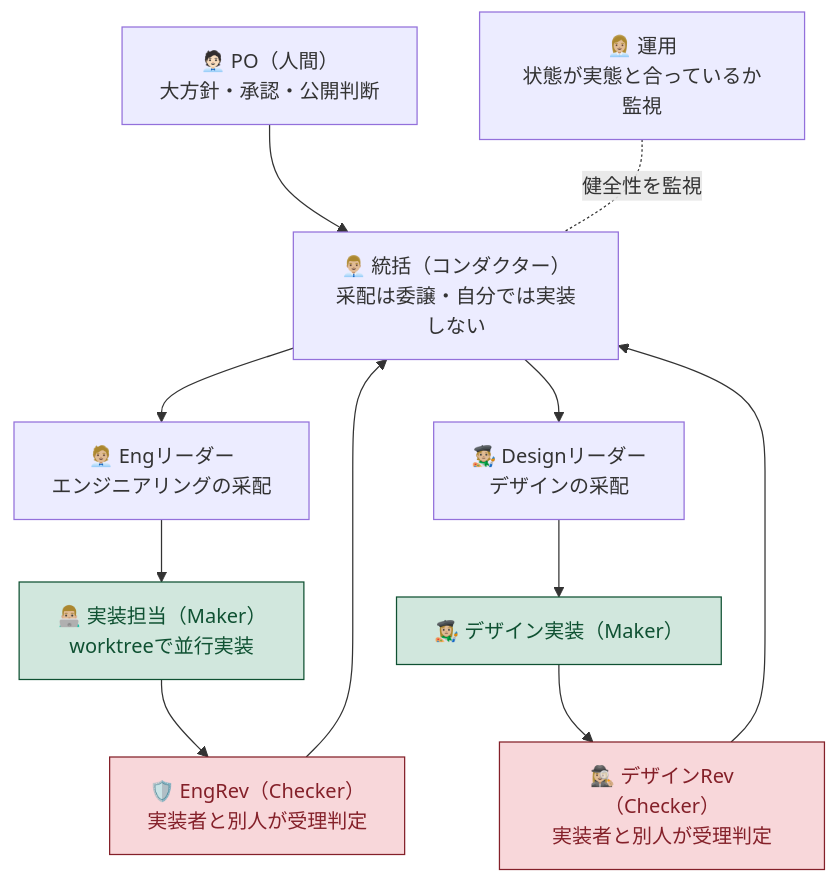
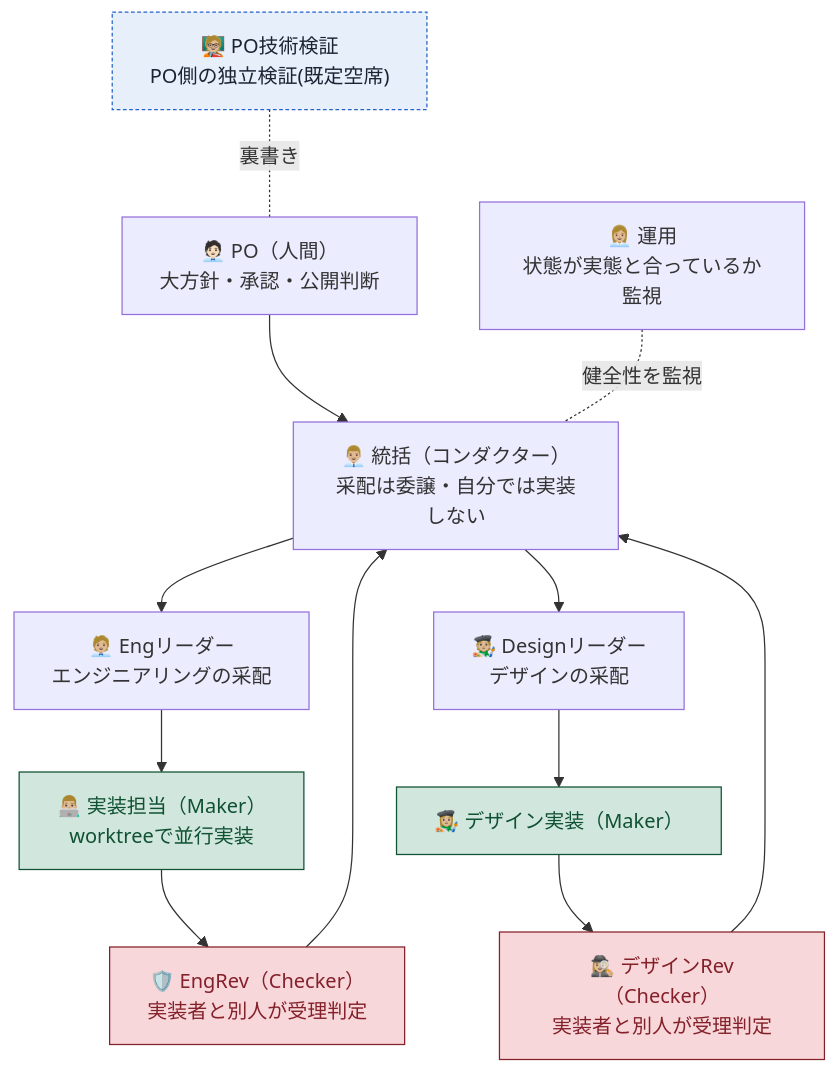
The second of 4 diagrams in README.md (kumamoto-kouki/conductor-sdlc-template), drawn with Mermaid before and after one commit. The commit also changed other lines of this file and 9 other files, not shown here.

First line of the commit message:
feat+docs: 止まる機構の見取り図を新設し、PO 側の技術検証の席を配役表へ追加

````diff
--- a/README.md
+++ b/README.md
@@ -77,22 +77,26 @@
 ```mermaid
 flowchart TD
     PO["🧑🏻‍💼 PO（人間）<br/>大方針・承認・公開判断"]
     K["👨🏼‍💼 統括（コンダクター）<br/>采配は委譲・自分では実装しない"]
     LE["🧑🏼‍💼 Engリーダー<br/>エンジニアリングの采配"]
     LD["🧑🏼‍🎨 Designリーダー<br/>デザインの采配"]
     ME["👨🏼‍💻 実装担当（Maker）<br/>worktreeで並行実装"]
     MD["👩🏼‍🎨 デザイン実装（Maker）"]
     RE["🛡️ EngRev（Checker）<br/>実装者と別人が受理判定"]
     RD["🕵🏼‍♀️ デザインRev（Checker）<br/>実装者と別人が受理判定"]
     OPS["👩🏼‍💼 運用<br/>状態が実態と合っているか監視"]
+    T["🧑🏼‍🏫 PO技術検証<br/>PO側の独立検証(既定空席)"]
 
     PO --> K
     K --> LE --> ME --> RE --> K
     K --> LD --> MD --> RD --> K
     OPS -. 健全性を監視 .- K
+    T -. 裏書き .- PO
 
     classDef maker fill:#d1e7dd,stroke:#0f5132,color:#0f5132
     classDef checker fill:#f8d7da,stroke:#842029,color:#842029
+    classDef cand fill:#e7effb,stroke:#2563c9,stroke-dasharray: 3 2,color:#1c2333
     class ME,MD maker
     class RE,RD checker
+    class T cand
 ```
````
